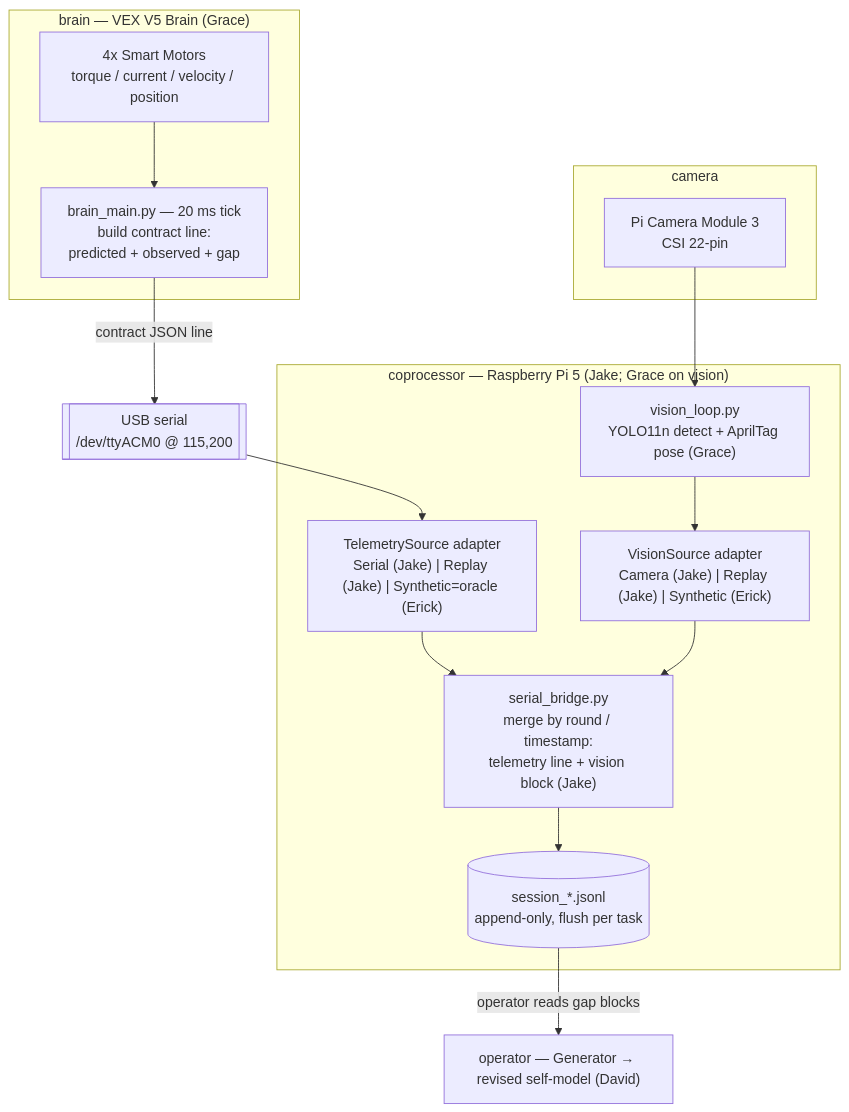
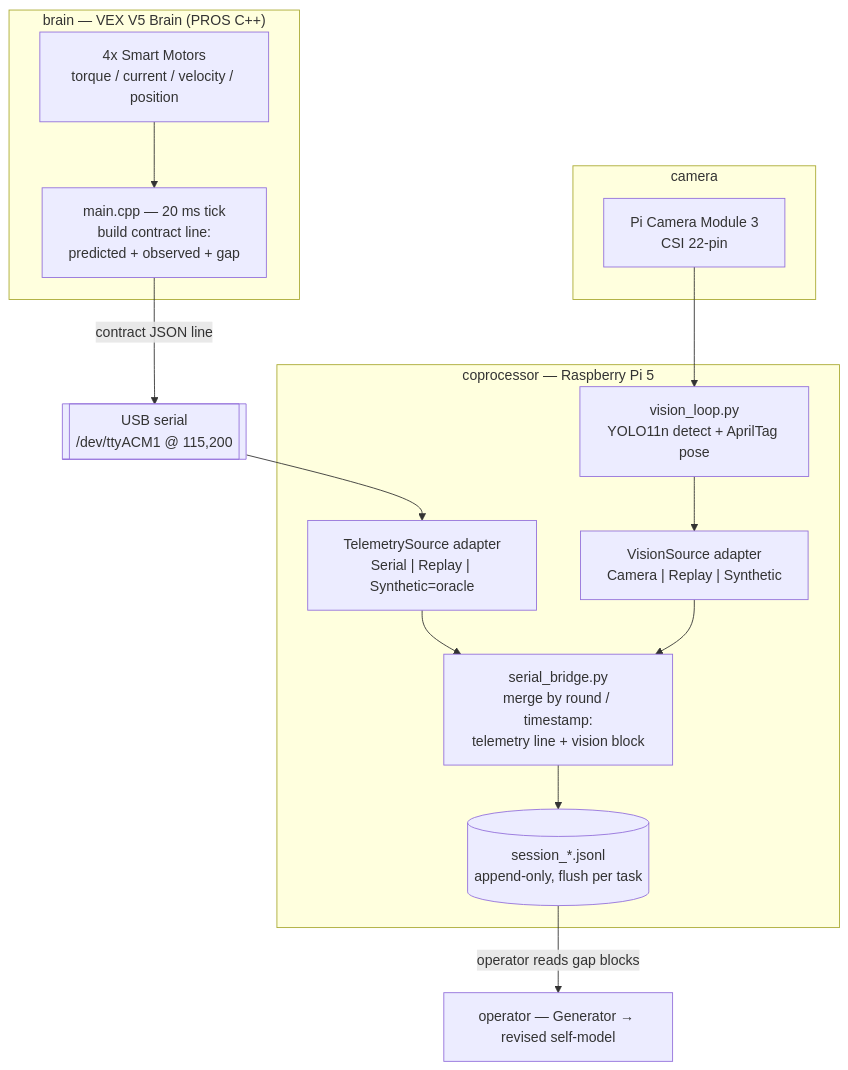
One commit to codewizard-dt/llm-self-model-capstone changed the first of 2 diagrams in MASTER_REQUIREMENTS.md. Above: the diagram before and after it, drawn with Mermaid. The commit also changed other lines of this file and 2 other files, not shown here.

First line of the commit message:
docs: align MASTER_REQUIREMENTS / PLAN / ARCHITECTURE; owners TBD; mermaid diagrams

````diff
--- a/MASTER_REQUIREMENTS.md
+++ b/MASTER_REQUIREMENTS.md
@@ -100,29 +100,29 @@
 ```mermaid
 flowchart TD
-  subgraph brain["brain — VEX V5 Brain (Grace)"]
+  subgraph brain["brain — VEX V5 Brain (PROS C++)"]
     MOT["4x Smart Motors<br/>torque / current / velocity / position"]
-    BM["brain_main.py — 20 ms tick<br/>build contract line:<br/>predicted + observed + gap"]
+    BM["main.cpp — 20 ms tick<br/>build contract line:<br/>predicted + observed + gap"]
     MOT --> BM
   end
-  BM -->|"contract JSON line"| USB[["USB serial<br/>/dev/ttyACM0 @ 115,200"]]
+  BM -->|"contract JSON line"| USB[["USB serial<br/>/dev/ttyACM1 @ 115,200"]]
 
   subgraph camera["camera"]
     CAM["Pi Camera Module 3<br/>CSI 22-pin"]
   end
 
-  subgraph copro["coprocessor — Raspberry Pi 5 (Jake; Grace on vision)"]
-    TSRC["TelemetrySource adapter<br/>Serial (Jake) | Replay (Jake) | Synthetic=oracle (Erick)"]
-    VLOOP["vision_loop.py<br/>YOLO11n detect + AprilTag pose (Grace)"]
-    VSRC["VisionSource adapter<br/>Camera (Jake) | Replay (Jake) | Synthetic (Erick)"]
-    BRIDGE["serial_bridge.py<br/>merge by round / timestamp:<br/>telemetry line + vision block (Jake)"]
+  subgraph copro["coprocessor — Raspberry Pi 5"]
+    TSRC["TelemetrySource adapter<br/>Serial | Replay | Synthetic=oracle"]
+    VLOOP["vision_loop.py<br/>YOLO11n detect + AprilTag pose"]
+    VSRC["VisionSource adapter<br/>Camera | Replay | Synthetic"]
+    BRIDGE["serial_bridge.py<br/>merge by round / timestamp:<br/>telemetry line + vision block"]
     OUT[("session_*.jsonl<br/>append-only, flush per task")]
     TSRC --> BRIDGE
     VLOOP --> VSRC --> BRIDGE
     BRIDGE --> OUT
   end
 
   USB --> TSRC
   CAM --> VLOOP
 
-  OUT -->|"operator reads gap blocks"| GEN["operator — Generator → revised self-model (David)"]
+  OUT -->|"operator reads gap blocks"| GEN["operator — Generator → revised self-model"]
 ```
````
